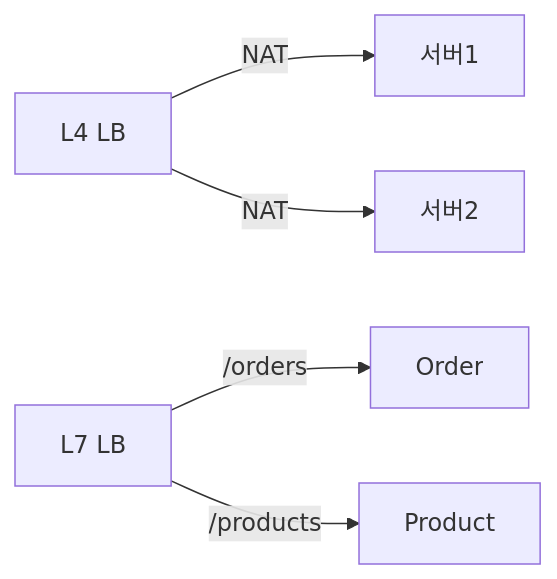
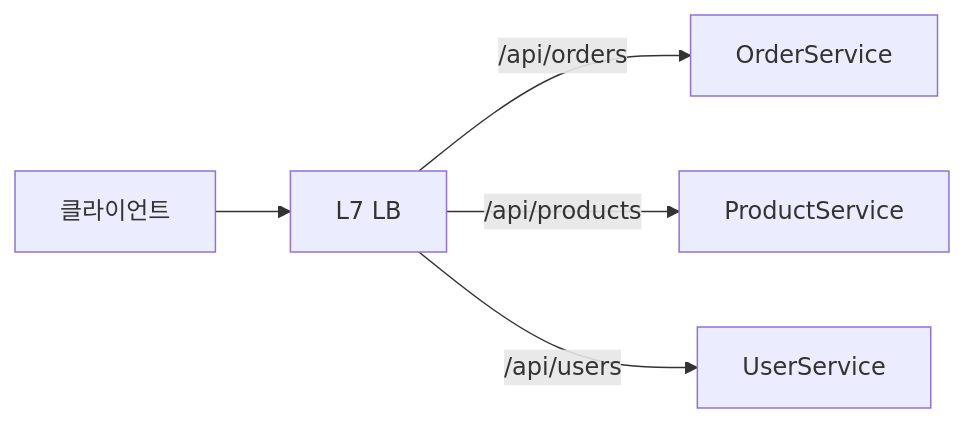
The third of 10 diagrams in _posts/network/2026-05-01-load-balancer.md (yjkim2015/yjkim2015.github.io), drawn with Mermaid before and after one commit. The commit also changed other lines of this file and 4 other files, not shown here.

````diff
--- a/_posts/network/2026-05-01-load-balancer.md
+++ b/_posts/network/2026-05-01-load-balancer.md
@@ -141,7 +128,7 @@
 ```mermaid
 graph LR
-    L4["L4 LB"] -->|NAT| S1["서버1"]
-    L4 -->|NAT| S2["서버2"]
-    L7["L7 LB"] -->|/orders| O["Order"]
-    L7 -->|/products| P["Product"]
+    C["클라이언트"] --> LB["L7 LB"]
+    LB -->|"/api/orders"| O["OrderService"]
+    LB -->|"/api/products"| P["ProductService"]
+    LB -->|"/api/users"| U["UserService"]
 ```
````
